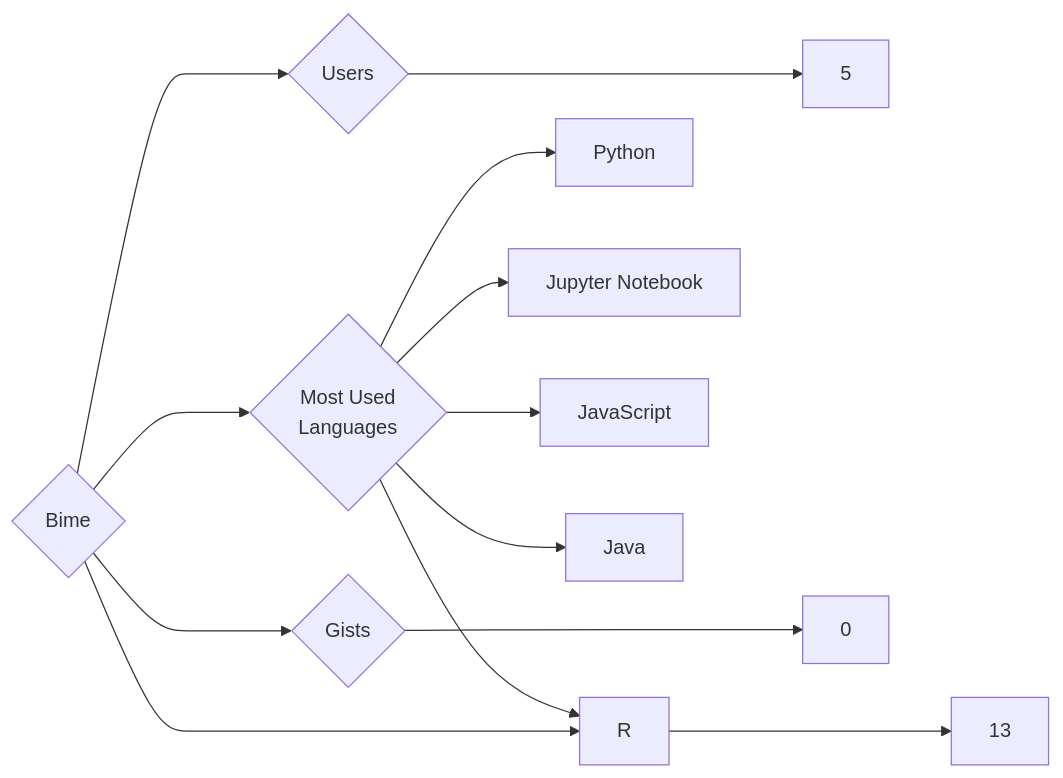
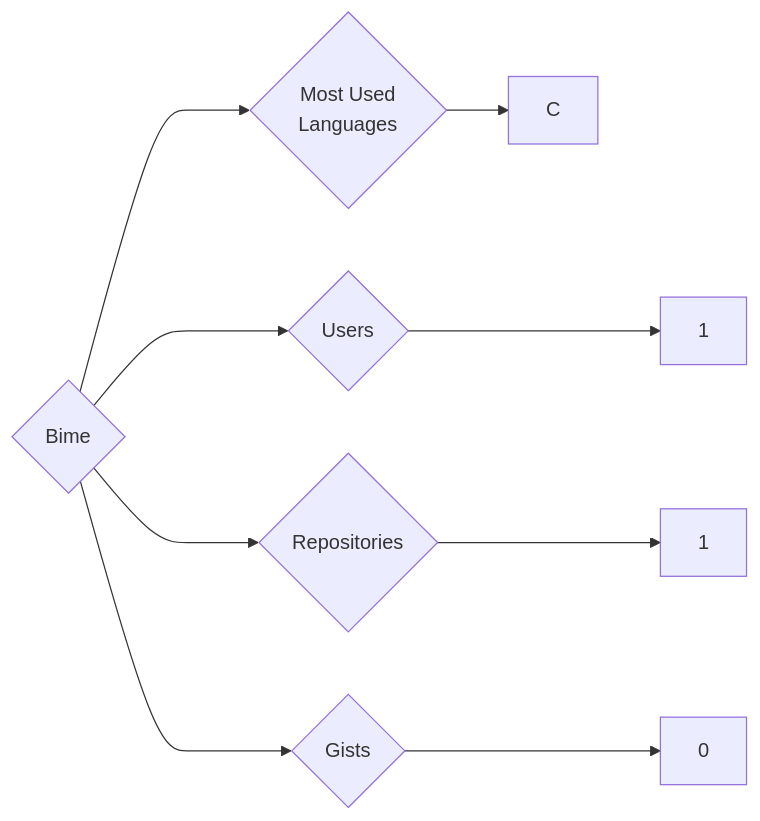
The diagram in targets/Bime/README.md (trickest/insiders), drawn with Mermaid before and after one commit. The commit also changed 953 other files, not shown here.

````diff
--- a/targets/Bime/README.md
+++ b/targets/Bime/README.md
@@ -3,13 +3,9 @@
 ```mermaid
 graph LR
 COMPANY_NAME{Bime}
-COMPANY_NAME ---> U{Users} ---> UN[5]
-COMPANY_NAME ---> R{Repositories} ---> RN[13]
+COMPANY_NAME ---> U{Users} ---> UN[1]
+COMPANY_NAME ---> R{Repositories} ---> RN[1]
 COMPANY_NAME ---> G{Gists} ---> GN[0]
 COMPANY_NAME ---> ML{Most Used<br>Languages}
-ML --> Python[Python]
-ML --> Jupyter_Notebook[Jupyter Notebook]
-ML --> JavaScript[JavaScript]
-ML --> R[R]
-ML --> Java[Java]
+ML --> C[C]
 ```
````
